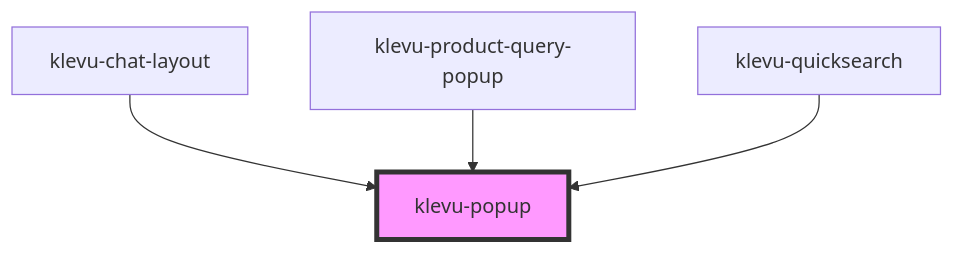
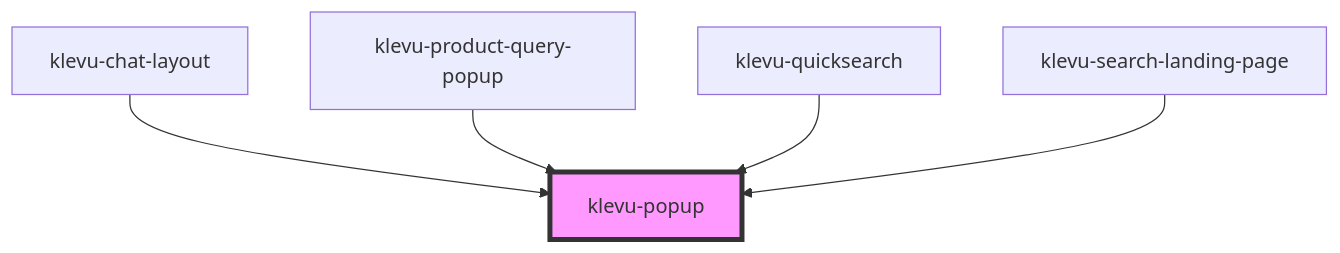
The diagram in packages/klevu-ui/src/components/klevu-popup/readme.md (klevultd/frontend-sdk), drawn with Mermaid before and after one commit. The commit also changed other lines of this file and 28 other files, not shown here.

````diff
--- a/packages/klevu-ui/src/components/klevu-popup/readme.md
+++ b/packages/klevu-ui/src/components/klevu-popup/readme.md
@@ -83,7 +84,8 @@
 ```mermaid
 graph TD;
   klevu-chat-layout --> klevu-popup
   klevu-product-query-popup --> klevu-popup
   klevu-quicksearch --> klevu-popup
+  klevu-search-landing-page --> klevu-popup
   style klevu-popup fill:#f9f,stroke:#333,stroke-width:4px
 ```
````
